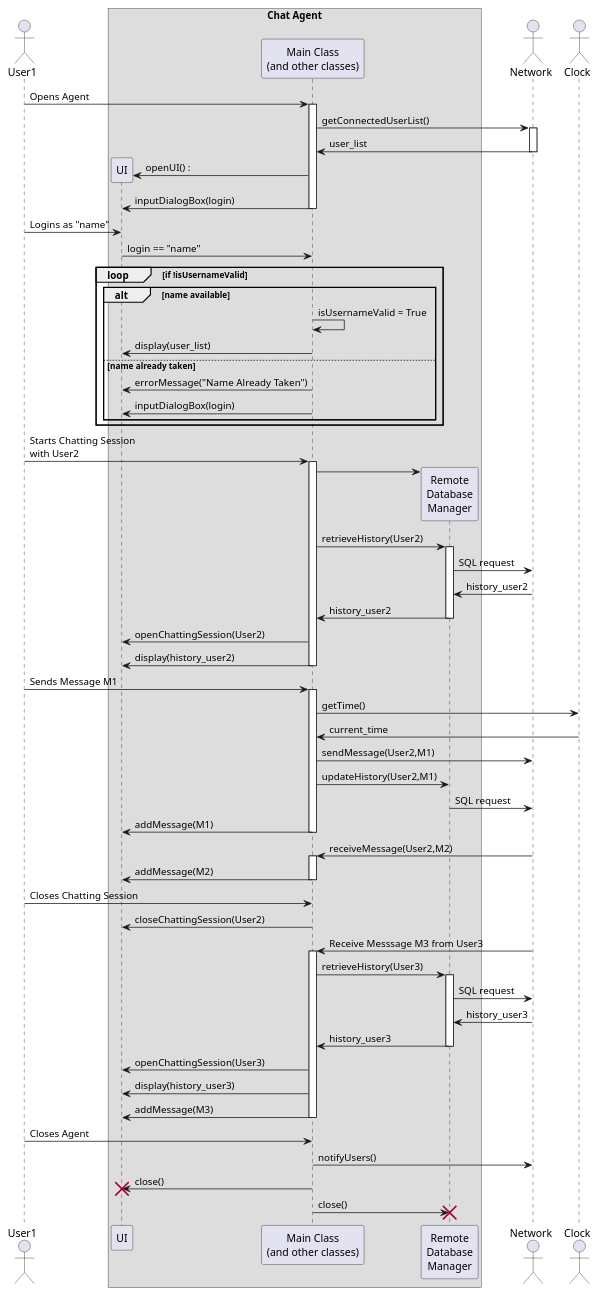
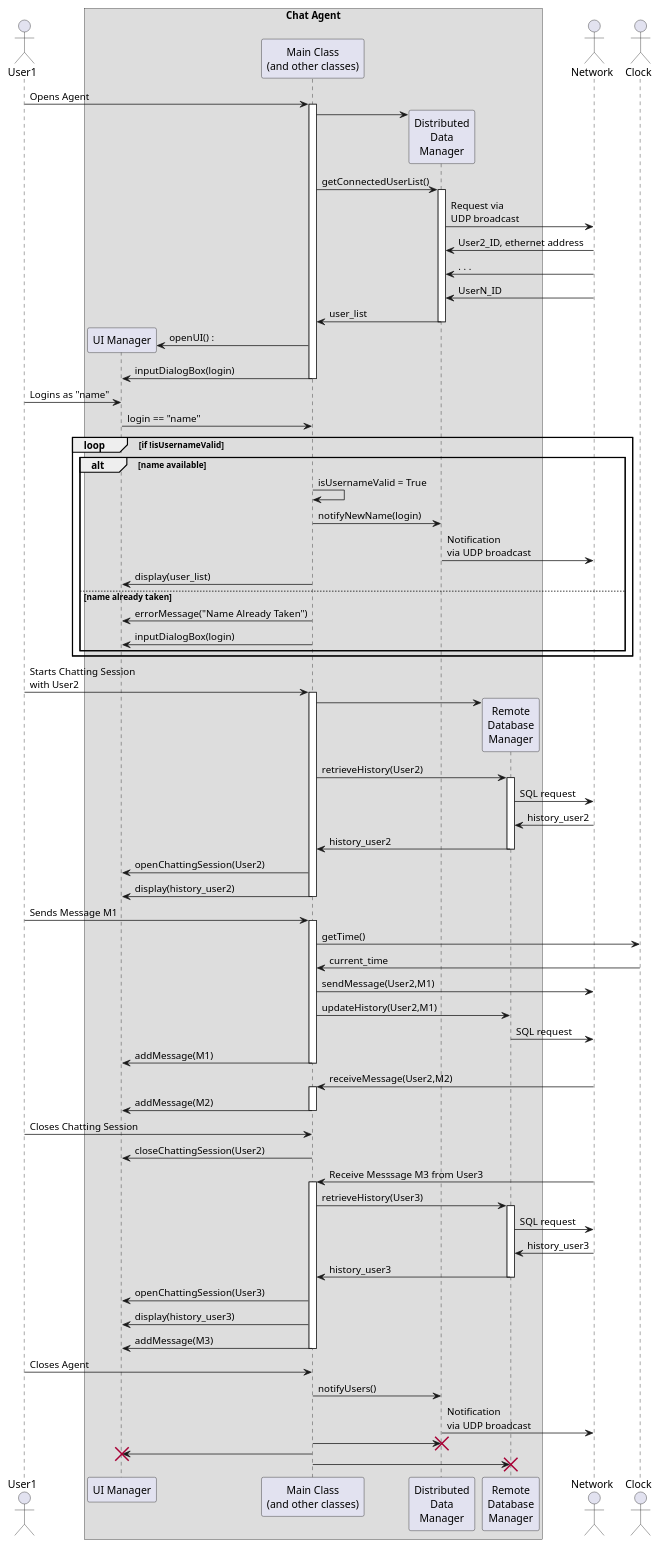
One commit to scanim-valentin/decentralized-chat-system changed the diagram in UMLPlant/sequence_white_box.wsd. Above: the diagram before and after it, drawn with PlantUML. The commit also changed 1 other file, not shown here.

Commit message:
Distributed Data manager

```diff
--- a/UMLPlant/sequence_white_box.wsd
+++ b/UMLPlant/sequence_white_box.wsd
@@ -1,69 +1,80 @@
 @startuml ChatAgentWhiteBoxSequence
 actor User1 as User
 box "Chat Agent"
-  participant UI
+  participant  "UI Manager" as UI
   participant "Main Class\n(and other classes)" as chatAgent
+  participant "Distributed\nData\nManager" as distributedManager
   participant "Remote\nDatabase\nManager" as databaseManager
 end box
 
 actor "Network" as Network
 actor "Clock" as Clock
 
 User -> chatAgent ++ : Opens Agent
-  chatAgent -> Network ++ : getConnectedUserList()
-  Network -> chatAgent -- : user_list
+  chatAgent -> distributedManager **
+  chatAgent -> distributedManager ++ : getConnectedUserList()
+    distributedManager -> Network : Request via\nUDP broadcast
+    Network -> distributedManager : User2_ID, ethernet address
+    Network -> distributedManager : . . . 
+    Network -> distributedManager : UserN_ID
+  distributedManager -> chatAgent -- : user_list 
+  
   UI <- chatAgent ** : openUI() :
 chatAgent -> UI -- : inputDialogBox(login)
 
 User -> UI : Logins as "name"
 UI -> chatAgent : login == "name"
 loop if !isUsernameValid
 alt name available
 chatAgent -> chatAgent : isUsernameValid = True
+chatAgent -> distributedManager : notifyNewName(login)
+distributedManager -> Network : Notification\nvia UDP broadcast
 UI <- chatAgent : display(user_list)
     else name already taken
 UI <- chatAgent : errorMessage("Name Already Taken")
 UI <- chatAgent -- : inputDialogBox(login)
     end
 end
 
 User -> chatAgent ++ : Starts Chatting Session\nwith User2
   chatAgent -> databaseManager ** 
   chatAgent -> databaseManager ++ : retrieveHistory(User2)
     databaseManager -> Network : SQL request
     Network -> databaseManager : history_user2
   databaseManager -> chatAgent -- : history_user2
 
   chatAgent -> UI : openChattingSession(User2)
 chatAgent -> UI -- : display(history_user2)
 
 User -> chatAgent ++ : Sends Message M1
   chatAgent -> Clock : getTime()
   Clock -> chatAgent : current_time
 
   chatAgent -> Network : sendMessage(User2,M1)
 
   chatAgent -> databaseManager : updateHistory(User2,M1)
     databaseManager -> Network : SQL request
 chatAgent -> UI -- : addMessage(M1)
 
 Network -> chatAgent ++ : receiveMessage(User2,M2)
 chatAgent -> UI -- : addMessage(M2)
 
 User -> chatAgent : Closes Chatting Session
 chatAgent -> UI : closeChattingSession(User2)
 
 Network -> chatAgent ++ : Receive Messsage M3 from User3
   chatAgent -> databaseManager ++ : retrieveHistory(User3)
     databaseManager -> Network : SQL request
     Network -> databaseManager : history_user3
   databaseManager -> chatAgent -- : history_user3
   chatAgent -> UI : openChattingSession(User3)
   chatAgent -> UI : display(history_user3)
 chatAgent -> UI -- : addMessage(M3)
 
 User -> chatAgent : Closes Agent
-chatAgent -> Network : notifyUsers()
-chatAgent -> UI !! : close()
-chatAgent -> databaseManager !! : close()
+chatAgent -> distributedManager : notifyUsers()
+distributedManager -> Network : Notification\nvia UDP broadcast
+chatAgent -> distributedManager !!
+chatAgent -> UI !!
+chatAgent -> databaseManager !!
 @enduml
```
